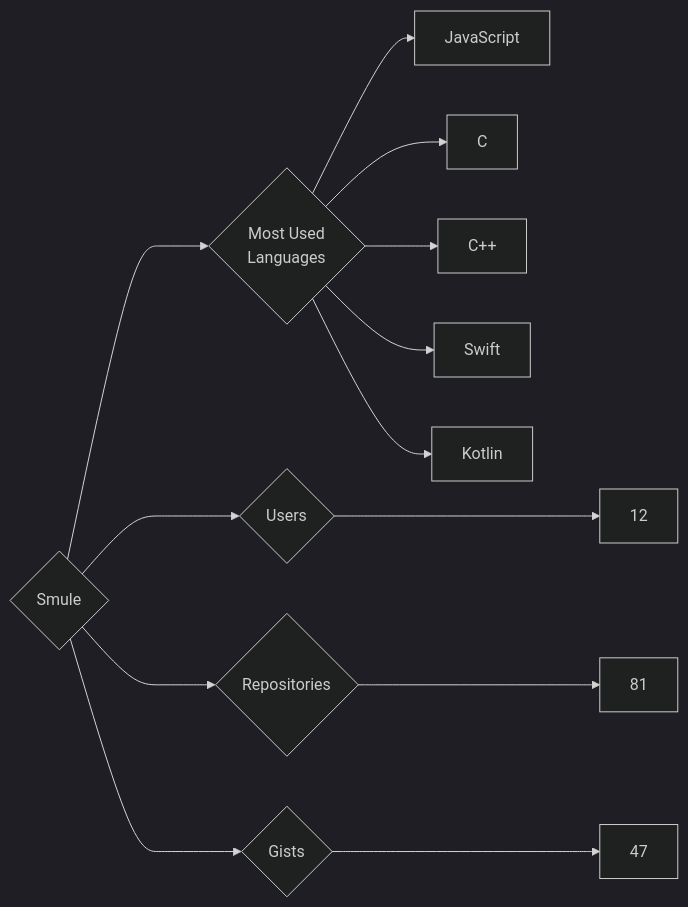
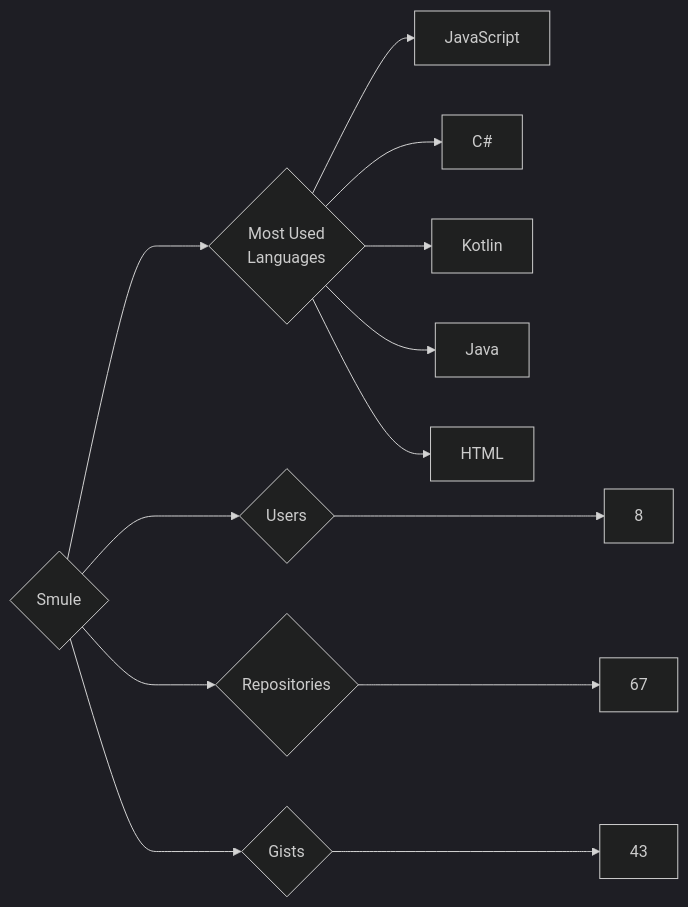
Before and after one commit to trickest/insiders: the diagram in targets/Smule/README.md, drawn with Mermaid (dark theme). The commit also changed 695 other files, not shown here.

````diff
--- a/targets/Smule/README.md
+++ b/targets/Smule/README.md
@@ -3,13 +3,13 @@
 ```mermaid
 graph LR
 COMPANY_NAME{Smule}
-COMPANY_NAME ---> U{Users} ---> UN[12]
-COMPANY_NAME ---> R{Repositories} ---> RN[81]
-COMPANY_NAME ---> G{Gists} ---> GN[47]
+COMPANY_NAME ---> U{Users} ---> UN[8]
+COMPANY_NAME ---> R{Repositories} ---> RN[67]
+COMPANY_NAME ---> G{Gists} ---> GN[43]
 COMPANY_NAME ---> ML{Most Used<br>Languages}
 ML --> JavaScript[JavaScript]
-ML --> C[C]
-ML --> C++[C++]
-ML --> Swift[Swift]
+ML --> C#[C#]
 ML --> Kotlin[Kotlin]
+ML --> Java[Java]
+ML --> HTML[HTML]
 ```
````
